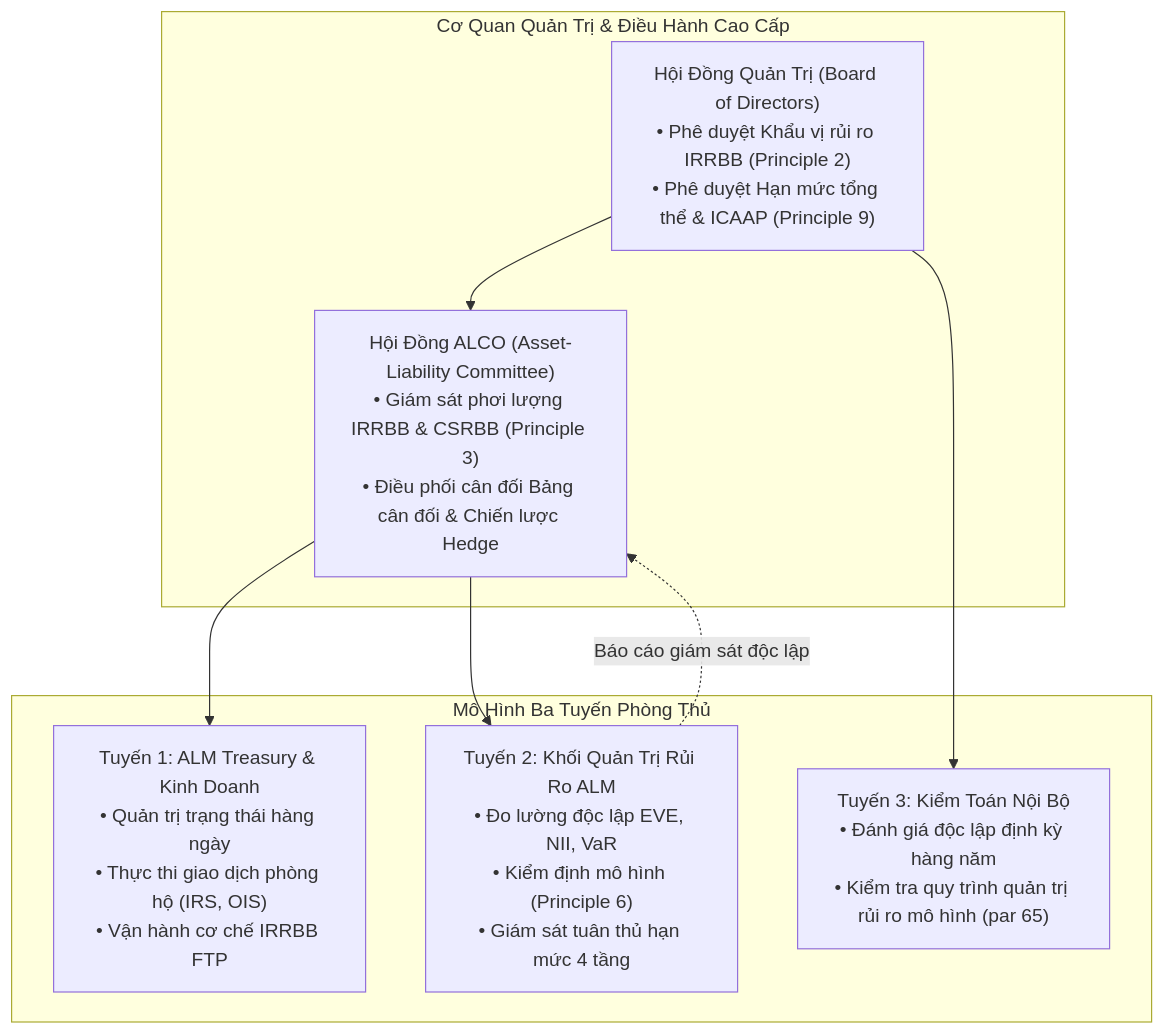
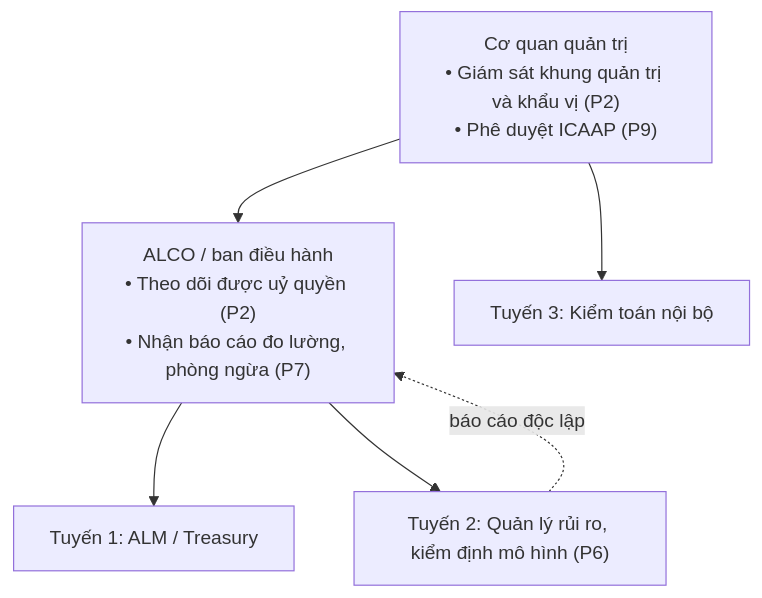
The diagram in 02_wiki/syntheses/irrbb-alm-governance-strategy-and-tradeoffs.md (hieunt795/alm_wiki), drawn with Mermaid before and after one commit. The commit also changed other lines of this file and 79 other files, not shown here.

First line of the commit message:
Ingest bổ sung BCBS d368 (u03, u06, u07), research shocks và NII, duyệt đề xuất node canonical

````diff
--- a/02_wiki/syntheses/irrbb-alm-governance-strategy-and-tradeoffs.md
+++ b/02_wiki/syntheses/irrbb-alm-governance-strategy-and-tradeoffs.md
@@ -51,19 +53,13 @@
 ```mermaid
 graph TD
-    subgraph Governing_Body["Cơ Quan Quản Trị & Điều Hành Cao Cấp"]
-        BOD["Hội Đồng Quản Trị (Board of Directors)<br/>• Phê duyệt Khẩu vị rủi ro IRRBB (Principle 2)<br/>• Phê duyệt Hạn mức tổng thể & ICAAP (Principle 9)"]
-        ALCO["Hội Đồng ALCO (Asset-Liability Committee)<br/>• Giám sát phơi lượng IRRBB & CSRBB (Principle 3)<br/>• Điều phối cân đối Bảng cân đối & Chiến lược Hedge"]
-    end
-
-    subgraph Three_Lines_of_Defence["Mô Hình Ba Tuyến Phòng Thủ"]
-        L1["Tuyến 1: ALM Treasury & Kinh Doanh<br/>• Quản trị trạng thái hàng ngày<br/>• Thực thi giao dịch phòng hộ (IRS, OIS)<br/>• Vận hành cơ chế IRRBB FTP"]
-        L2["Tuyến 2: Khối Quản Trị Rủi Ro ALM<br/>• Đo lường độc lập EVE, NII, VaR<br/>• Kiểm định mô hình (Principle 6)<br/>• Giám sát tuân thủ hạn mức 4 tầng"]
-        L3["Tuyến 3: Kiểm Toán Nội Bộ<br/>• Đánh giá độc lập định kỳ hàng năm<br/>• Kiểm tra quy trình quản trị rủi ro mô hình (par 65)"]
-    end
-
+    BOD["Cơ quan quản trị<br/>• Giám sát khung quản trị và khẩu vị (P2)<br/>• Phê duyệt ICAAP (P9)"]
+    ALCO["ALCO / ban điều hành<br/>• Theo dõi được uỷ quyền (P2)<br/>• Nhận báo cáo đo lường, phòng ngừa (P7)"]
+    L1["Tuyến 1: ALM / Treasury"]
+    L2["Tuyến 2: Quản lý rủi ro, kiểm định mô hình (P6)"]
+    L3["Tuyến 3: Kiểm toán nội bộ"]
     BOD --> ALCO
     ALCO --> L1
     ALCO --> L2
     BOD --> L3
-    L2 -.->|Báo cáo giám sát độc lập| ALCO
+    L2 -.->|báo cáo độc lập| ALCO
 ```
````
